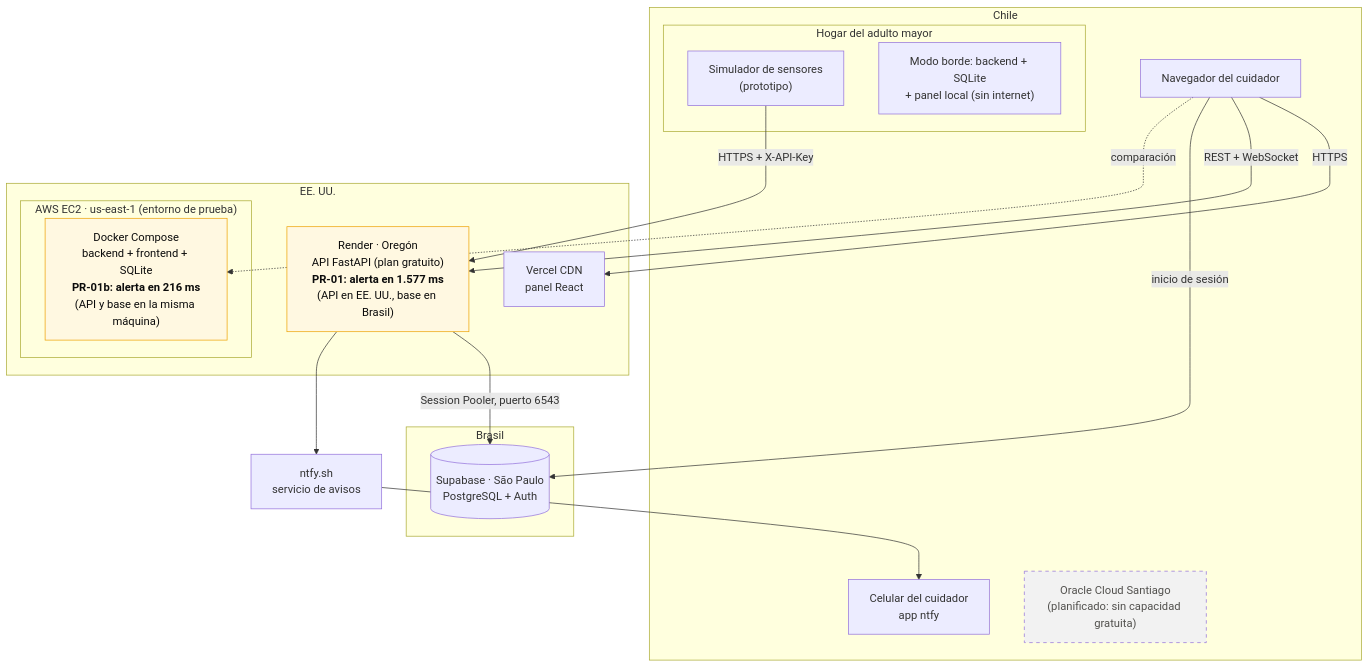
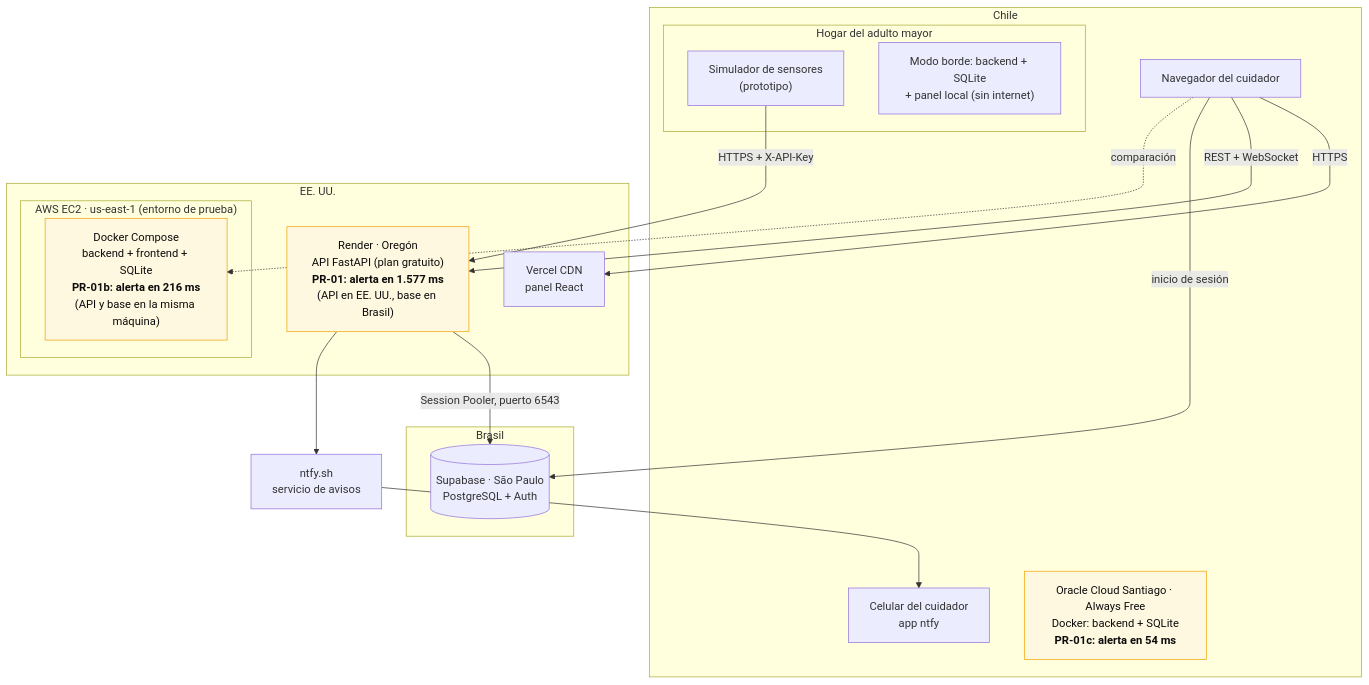
Before and after one commit to AndresVergara74/domovida-backend: the second of 7 diagrams in docs/fase2/diagramas/README.md, drawn with Mermaid. The commit also changed other lines of this file and 2 other files, not shown here.

Commit message:
test(PR-01c): latencia en Oracle Cloud Santiago 54 ms (30/30 bajo 1 s); diagrama de despliegue actualizado

````diff
--- a/docs/fase2/diagramas/README.md
+++ b/docs/fase2/diagramas/README.md
@@ -78,33 +78,33 @@
 ```mermaid
 flowchart TB
   subgraph CL["Chile"]
     NAV["Navegador del cuidador"]
     CEL["Celular del cuidador<br/>app ntfy"]
     subgraph CASA["Hogar del adulto mayor"]
       SIM["Simulador de sensores<br/>(prototipo)"]
       BORDE["Modo borde: backend + SQLite<br/>+ panel local (sin internet)"]
     end
-    ORA["Oracle Cloud Santiago<br/>(planificado: sin capacidad gratuita)"]:::futuro
+    ORA["Oracle Cloud Santiago · Always Free<br/>Docker: backend + SQLite<br/><b>PR-01c: alerta en 54 ms</b>"]:::medido
   end
   subgraph US["EE. UU."]
     VER["Vercel CDN<br/>panel React"]
     REN["Render · Oregón<br/>API FastAPI (plan gratuito)<br/><b>PR-01: alerta en 1.577 ms</b><br/>(API en EE. UU., base en Brasil)"]:::medido
     subgraph AWS["AWS EC2 · us-east-1 (entorno de prueba)"]
       DC["Docker Compose<br/>backend + frontend + SQLite<br/><b>PR-01b: alerta en 216 ms</b><br/>(API y base en la misma máquina)"]:::medido
     end
   end
   subgraph BR["Brasil"]
     SUP[("Supabase · São Paulo<br/>PostgreSQL + Auth")]
   end
   NTFY["ntfy.sh<br/>servicio de avisos"]
 
   NAV -- "HTTPS" --> VER
   NAV -- "REST + WebSocket" --> REN
   SIM -- "HTTPS + X-API-Key" --> REN
   REN -- "Session Pooler, puerto 6543" --> SUP
   NAV -- "inicio de sesión" --> SUP
   REN --> NTFY --> CEL
   NAV -. "comparación" .-> DC
   classDef futuro stroke-dasharray: 5 5,fill:#f2f2f2,color:#52514e
   classDef medido fill:#fff8e1,stroke:#eda100,color:#0b0b0b
 ```
````
